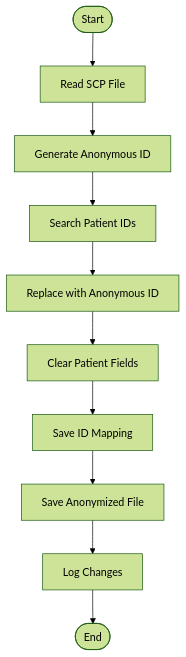
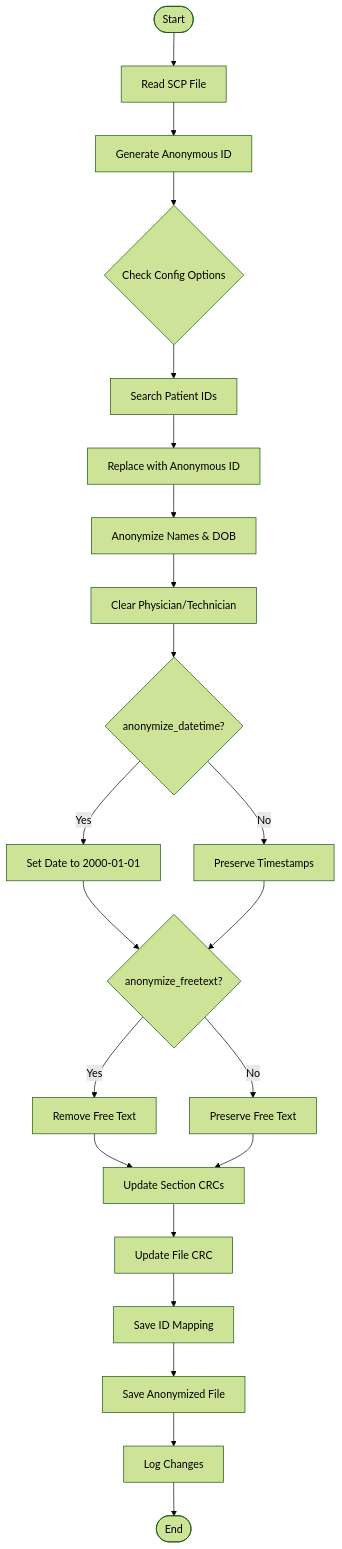
The third of 3 diagrams in README.md (farhad-abtahi/SCP-Tools), drawn with Mermaid (forest theme) before and after one commit. The commit also changed other lines of this file and 14 other files, not shown here.

````diff
--- a/README.md
+++ b/README.md
@@ -150,12 +191,24 @@
 ```mermaid
 flowchart TD
     Start([Start]) --> Read[Read SCP File]
     Read --> Gen[Generate Anonymous ID]
-    Gen --> Search[Search Patient IDs]
+    Gen --> Config{Check Config Options}
+    Config --> Search[Search Patient IDs]
     Search --> Replace[Replace with Anonymous ID]
-    Replace --> Clear[Clear Patient Fields]
-    Clear --> Map[Save ID Mapping]
+    Replace --> Names[Anonymize Names & DOB]
+    Names --> Physicians[Clear Physician/Technician]
+    Physicians --> DateTime{anonymize_datetime?}
+    DateTime -->|Yes| AnonTime[Set Date to 2000-01-01]
+    DateTime -->|No| KeepTime[Preserve Timestamps]
+    AnonTime --> FreeText{anonymize_freetext?}
+    KeepTime --> FreeText
+    FreeText -->|Yes| ClearText[Remove Free Text]
+    FreeText -->|No| KeepText[Preserve Free Text]
+    ClearText --> UpdateCRC[Update Section CRCs]
+    KeepText --> UpdateCRC
+    UpdateCRC --> FileCRC[Update File CRC]
+    FileCRC --> Map[Save ID Mapping]
     Map --> Save[Save Anonymized File]
     Save --> Log[Log Changes]
     Log --> End([End])
 ```
````
